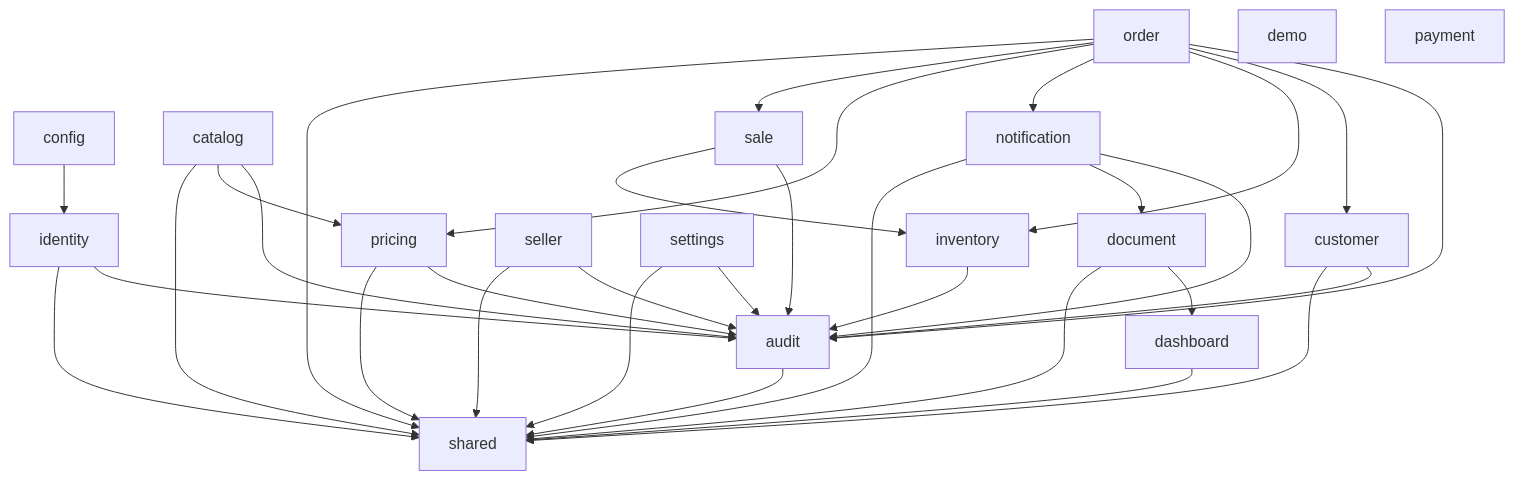
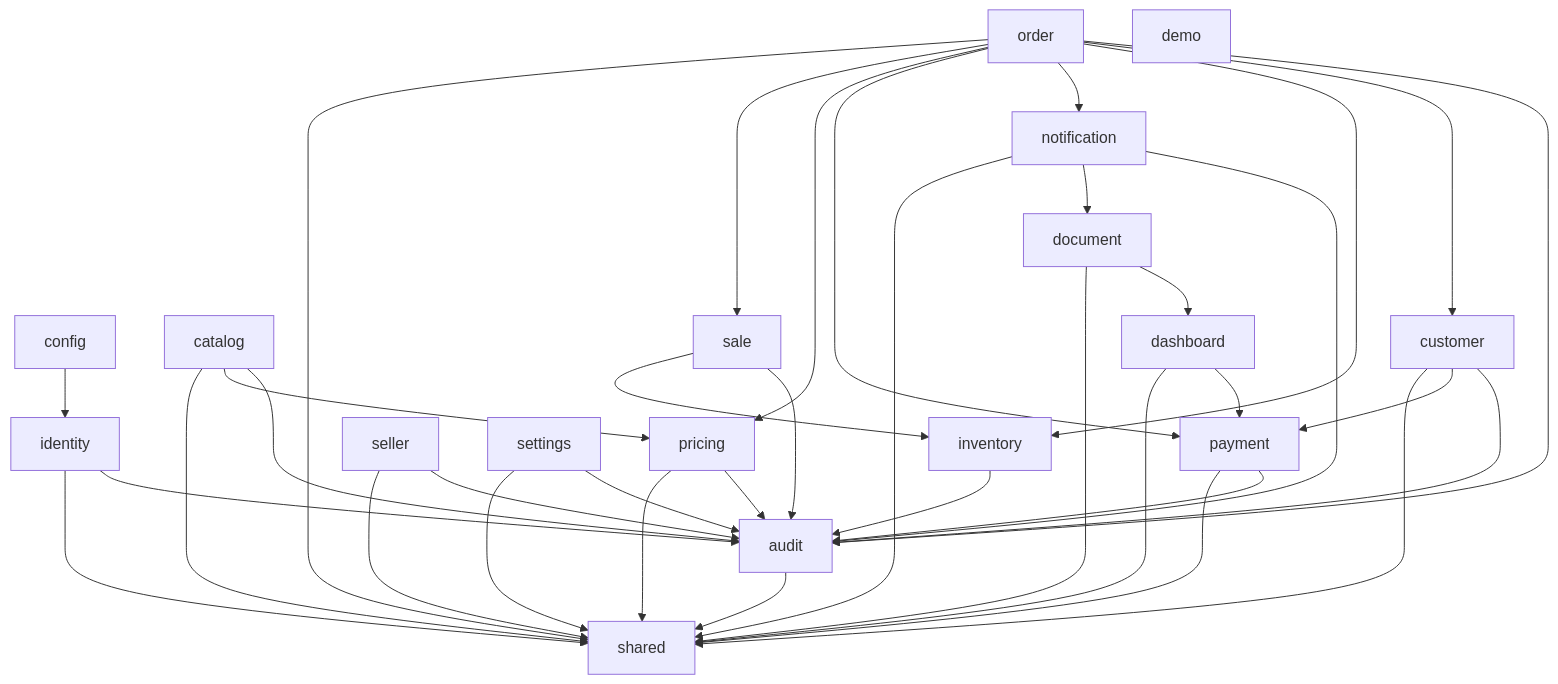
Before and after one commit to Martinrc93/distribuidoraCore: the diagram in docs/architecture/module-boundaries.md, drawn with Mermaid. The commit also changed other lines of this file and 36 other files, not shown here.

First line of the commit message:
feat(payment): separate the sale account from the order recipient

````diff
--- a/docs/architecture/module-boundaries.md
+++ b/docs/architecture/module-boundaries.md
@@ -32,36 +32,40 @@
 ```mermaid
 flowchart TD
     config --> identity
     identity --> audit
     identity --> shared
     catalog --> audit
     catalog --> pricing
     catalog --> shared
     customer --> audit
+    customer --> payment
     customer --> shared
+    dashboard --> payment
     dashboard --> shared
     document --> dashboard
     document --> shared
     inventory --> audit
     notification --> audit
     notification --> document
     notification --> shared
     order --> audit
     order --> customer
     order --> inventory
     order --> notification
+    order --> payment
     order --> pricing
     order --> sale
     order --> shared
+    payment --> audit
+    payment --> shared
     pricing --> audit
     pricing --> shared
     sale --> audit
     sale --> inventory
     seller --> audit
     seller --> shared
     settings --> audit
     settings --> shared
     audit --> shared
     demo
-    payment
 ```
````
